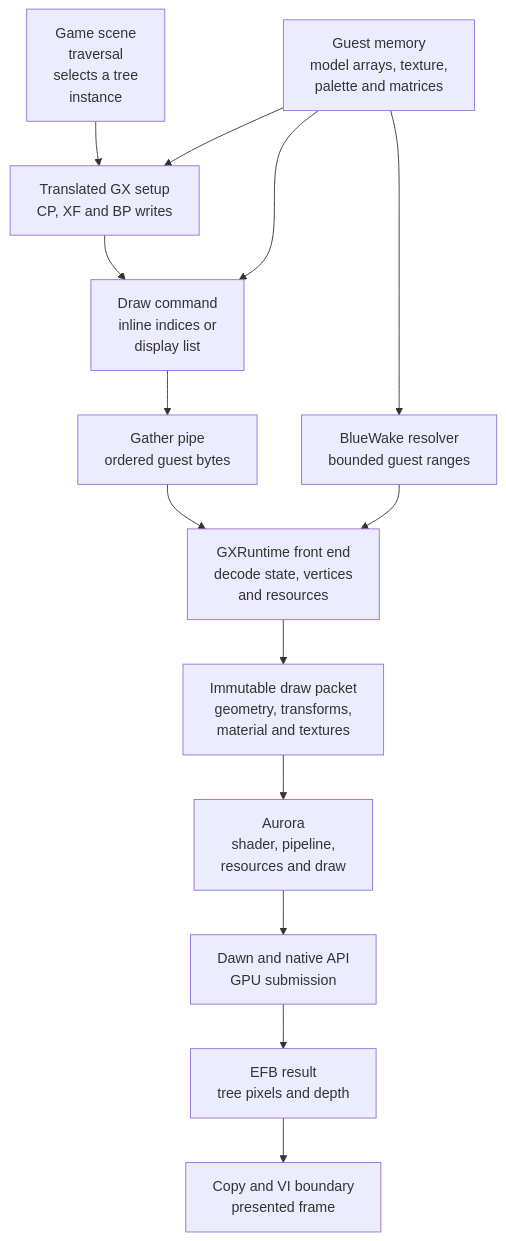
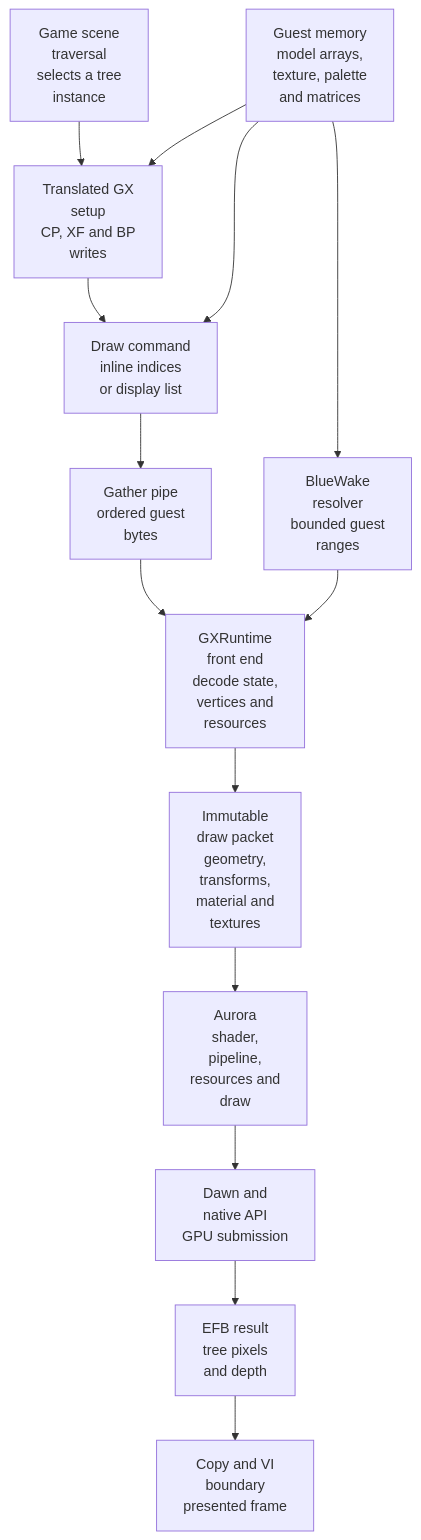
One commit to Aelbannan/boat_of_daphnes changed the ninth of 11 diagrams in docs/architecture/Graphics.md. Above: the diagram before and after it, drawn with Mermaid. The commit also changed other lines of this file, not shown here.

Commit message:
Wrap Graphics labels more tightly

````diff
--- a/docs/architecture/Graphics.md
+++ b/docs/architecture/Graphics.md
@@ -503,20 +503,20 @@
 ```mermaid
 flowchart TD
     Scene["Game scene<br>traversal<br>selects a tree<br>instance"]
-    Guest["Guest memory<br>model arrays, texture,<br>palette and matrices"]
-    Setup["Translated GX setup<br>CP, XF and BP writes"]
-    Draw["Draw command<br>inline indices or<br>display list"]
-    Pipe["Gather pipe<br>ordered guest bytes"]
-    Resolve["BlueWake resolver<br>bounded guest ranges"]
-    Front["GXRuntime front end<br>decode state, vertices<br>and resources"]
-    Packet["Immutable draw packet<br>geometry, transforms,<br>material and textures"]
-    Render["Aurora<br>shader, pipeline,<br>resources and draw"]
-    Native["Dawn and native API<br>GPU submission"]
-    EFB["EFB result<br>tree pixels and depth"]
-    VI["Copy and VI boundary<br>presented frame"]
+    Guest["Guest memory<br>model arrays,<br>texture, palette<br>and matrices"]
+    Setup["Translated GX<br>setup<br>CP, XF and BP<br>writes"]
+    Draw["Draw command<br>inline indices<br>or display list"]
+    Pipe["Gather pipe<br>ordered guest<br>bytes"]
+    Resolve["BlueWake<br>resolver<br>bounded guest<br>ranges"]
+    Front["GXRuntime<br>front end<br>decode state,<br>vertices and<br>resources"]
+    Packet["Immutable<br>draw packet<br>geometry,<br>transforms,<br>material and<br>textures"]
+    Render["Aurora<br>shader,<br>pipeline,<br>resources and<br>draw"]
+    Native["Dawn and<br>native API<br>GPU submission"]
+    EFB["EFB result<br>tree pixels<br>and depth"]
+    VI["Copy and VI<br>boundary<br>presented frame"]
 
     Scene --> Setup --> Draw --> Pipe --> Front --> Packet --> Render --> Native --> EFB --> VI
     Guest --> Setup
     Guest --> Draw
     Guest --> Resolve --> Front
 ```
````
